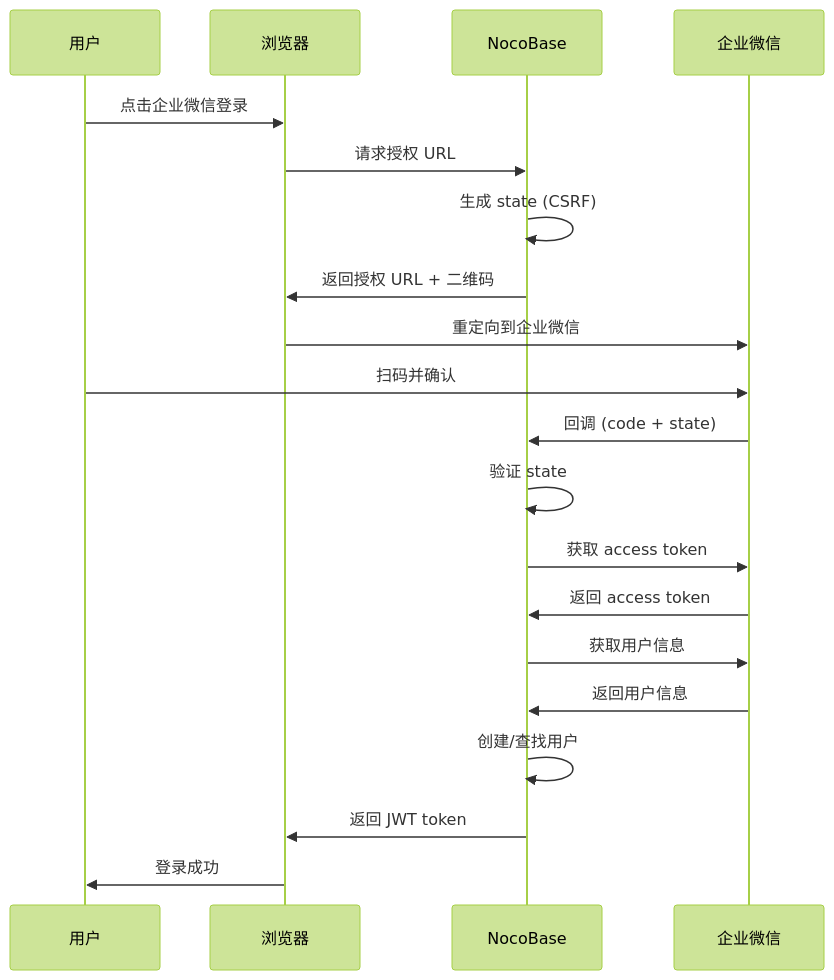
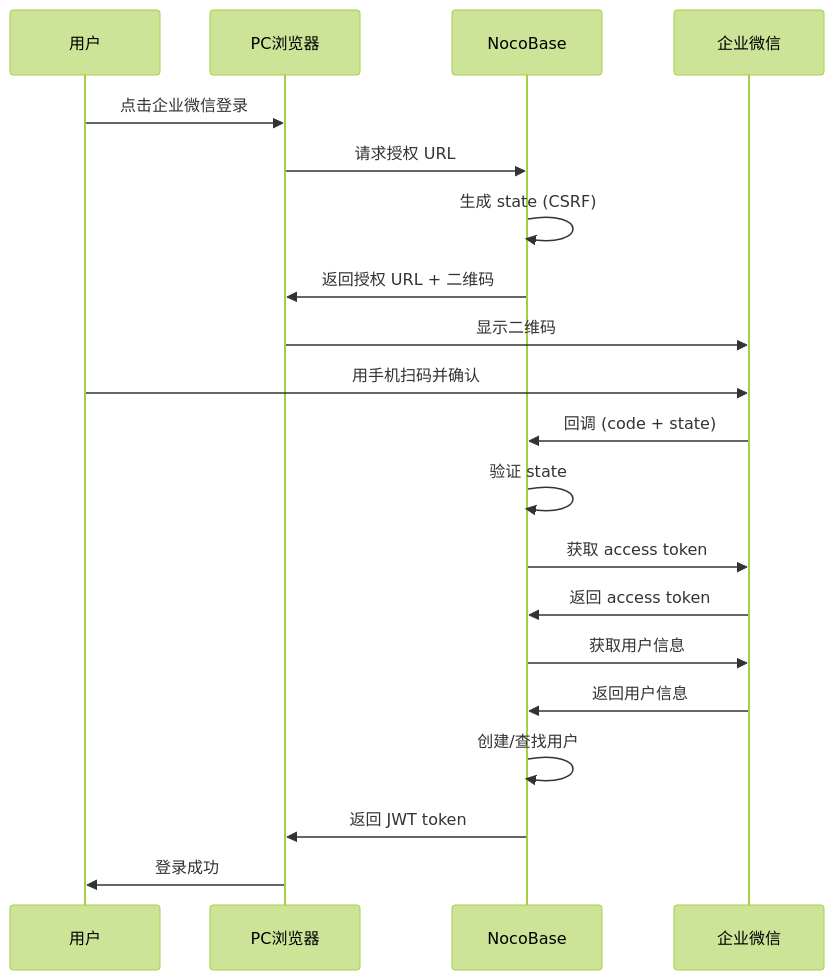
One commit to 7voo/nocobase changed the first of 2 diagrams in .kiro/specs/wecom-auth-plugin/design.md. Above: the diagram before and after it, drawn with Mermaid (forest theme). The commit also changed other lines of this file and 13 other files, not shown here.

````diff
--- a/.kiro/specs/wecom-auth-plugin/design.md
+++ b/.kiro/specs/wecom-auth-plugin/design.md
@@ -49,23 +53,23 @@
 ```mermaid
 sequenceDiagram
     participant U as 用户
-    participant B as 浏览器
+    participant B as PC浏览器
     participant N as NocoBase
     participant W as 企业微信
 
     U->>B: 点击企业微信登录
     B->>N: 请求授权 URL
     N->>N: 生成 state (CSRF)
     N->>B: 返回授权 URL + 二维码
-    B->>W: 重定向到企业微信
-    U->>W: 扫码并确认
+    B->>W: 显示二维码
+    U->>W: 用手机扫码并确认
     W->>N: 回调 (code + state)
     N->>N: 验证 state
     N->>W: 获取 access token
     W->>N: 返回 access token
     N->>W: 获取用户信息
     W->>N: 返回用户信息
     N->>N: 创建/查找用户
     N->>B: 返回 JWT token
     B->>U: 登录成功
 ```
````
